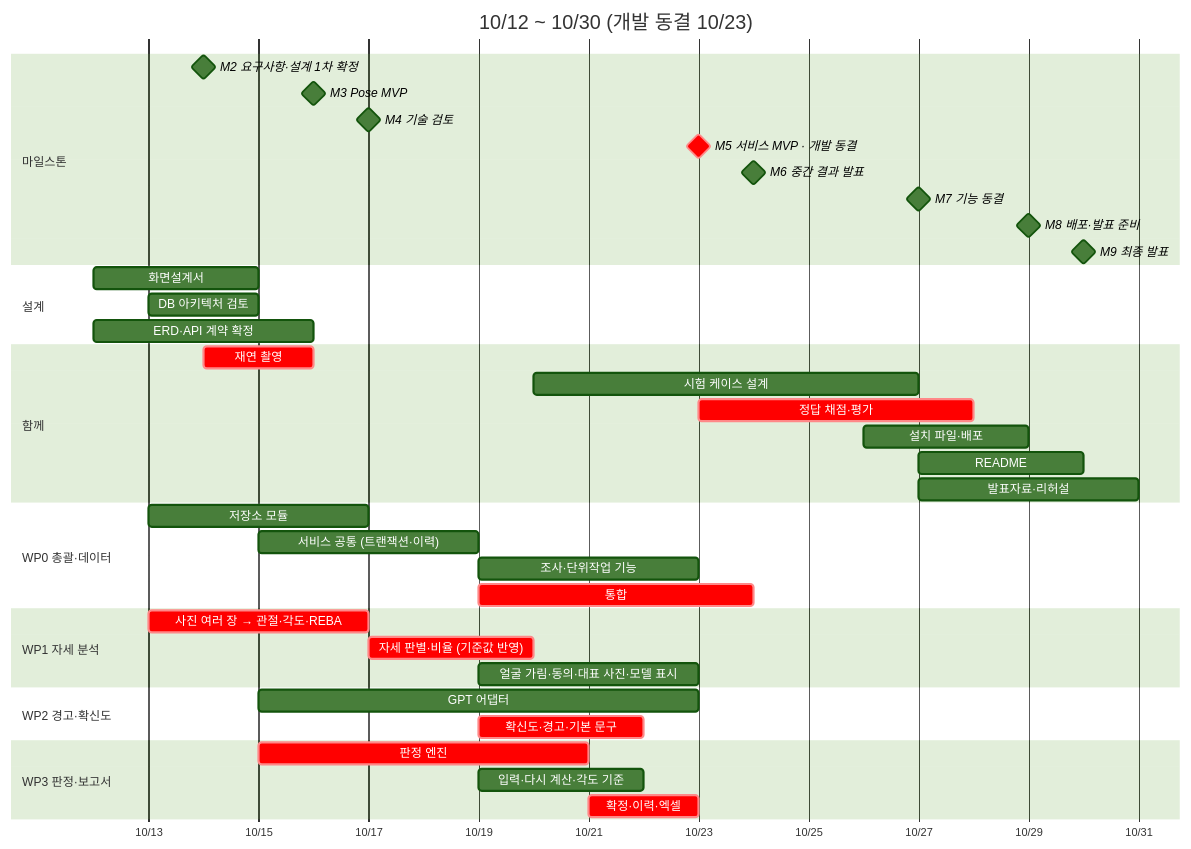
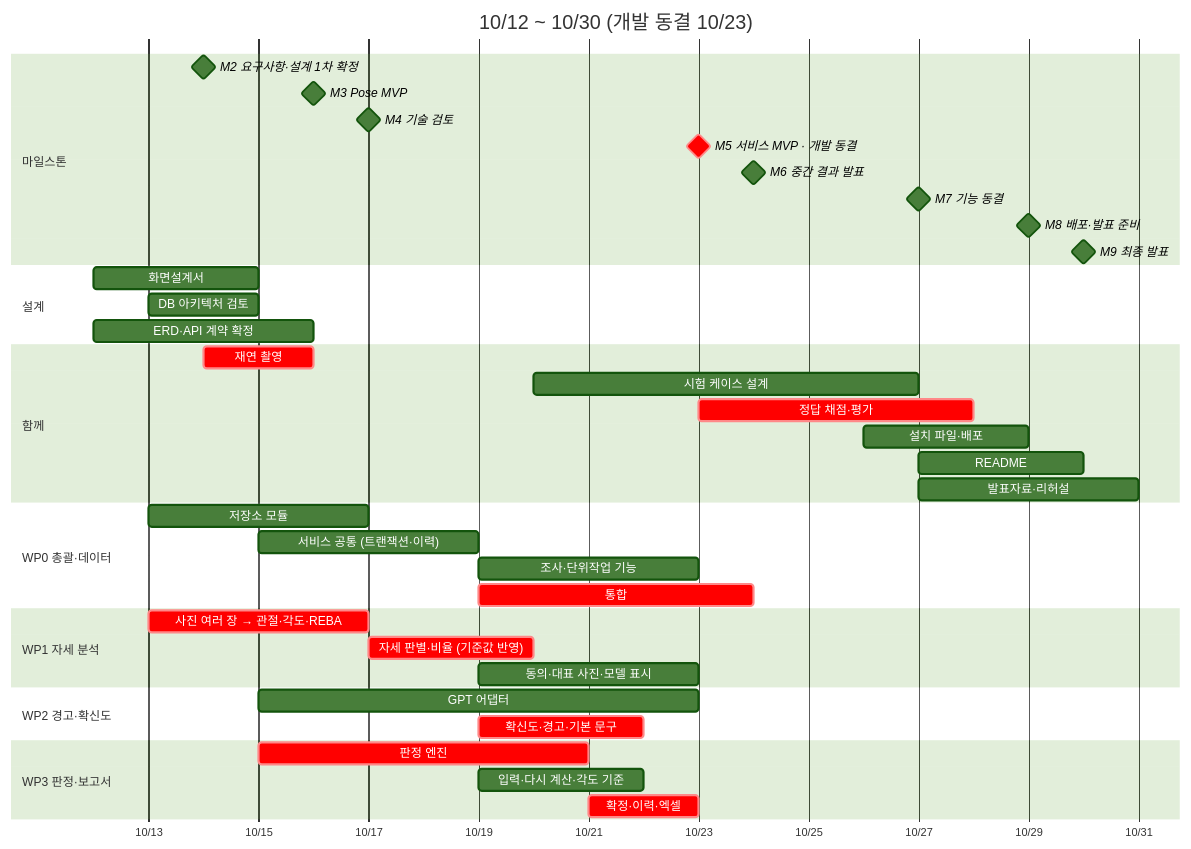
One commit to LOCO-KOREA/LOCO changed the first of 2 diagrams in docs/일정서.md. Above: the diagram before and after it, drawn with Mermaid (forest theme). The commit also changed other lines of this file and 43 other files, not shown here.

````diff
--- a/docs/일정서.md
+++ b/docs/일정서.md
@@ -40,43 +41,43 @@
 ```mermaid
 gantt
   title 10/12 ~ 10/30 (개발 동결 10/23)
   dateFormat YYYY-MM-DD
   axisFormat %m/%d
   todayMarker off
   section 마일스톤
   M2 요구사항·설계 1차 확정 :milestone, m2, 2026-10-14, 0d
   M3 Pose MVP :milestone, m3, 2026-10-16, 0d
   M4 기술 검토 :milestone, m4, 2026-10-17, 0d
   M5 서비스 MVP · 개발 동결 :crit, milestone, m5, 2026-10-23, 0d
   M6 중간 결과 발표 :milestone, m6, 2026-10-24, 0d
   M7 기능 동결 :milestone, m7, 2026-10-27, 0d
   M8 배포·발표 준비 :milestone, m8, 2026-10-29, 0d
   M9 최종 발표 :milestone, m9, 2026-10-30, 0d
   section 설계
   화면설계서 :t0, 2026-10-12, 3d
   DB 아키텍처 검토 :t1, 2026-10-13, 2d
   ERD·API 계약 확정 :t2, 2026-10-12, 4d
   section 함께
   재연 촬영 :crit, t3, 2026-10-14, 2d
   시험 케이스 설계 :t4, 2026-10-20, 7d
   정답 채점·평가 :crit, t5, 2026-10-23, 5d
   설치 파일·배포 :t6, 2026-10-26, 3d
   README :t7, 2026-10-27, 3d
   발표자료·리허설 :t8, 2026-10-27, 4d
   section WP0 총괄·데이터
   저장소 모듈 :t9, 2026-10-13, 4d
   서비스 공통 (트랜잭션·이력) :t10, 2026-10-15, 4d
   조사·단위작업 기능 :t11, 2026-10-19, 4d
   통합 :crit, t12, 2026-10-19, 5d
   section WP1 자세 분석
   사진 여러 장 → 관절·각도·REBA :crit, t13, 2026-10-13, 4d
   자세 판별·비율 (기준값 반영) :crit, t14, 2026-10-17, 3d
-  얼굴 가림·동의·대표 사진·모델 표시 :t15, 2026-10-19, 4d
+  동의·대표 사진·모델 표시 :t15, 2026-10-19, 4d
   section WP2 경고·확신도
   GPT 어댑터 :t16, 2026-10-15, 8d
   확신도·경고·기본 문구 :crit, t17, 2026-10-19, 3d
   section WP3 판정·보고서
   판정 엔진 :crit, t18, 2026-10-15, 6d
   입력·다시 계산·각도 기준 :t19, 2026-10-19, 3d
   확정·이력·엑셀 :crit, t20, 2026-10-21, 2d
 ```
````
